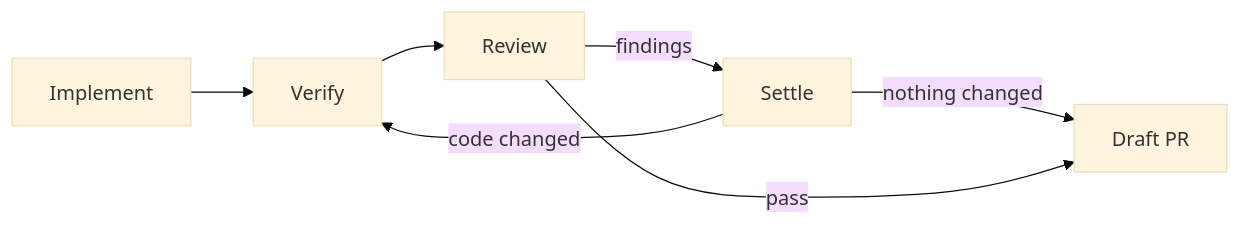
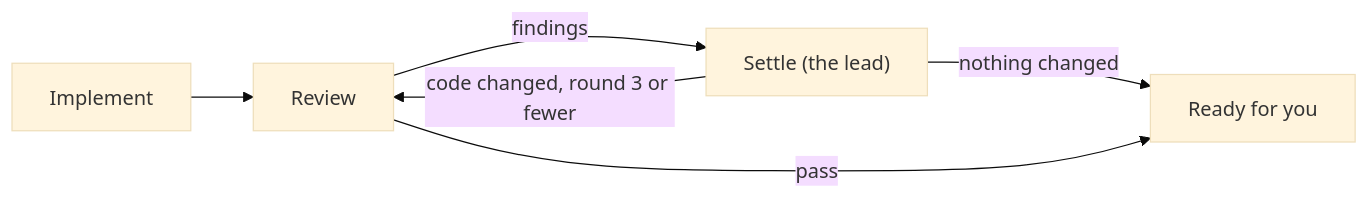
The diagram in docs/plans/mvp.md (AltharIDE/althar), drawn with Mermaid (base theme) before and after one commit. The commit also changed other lines of this file and 16 other files, not shown here.

````diff
--- a/docs/plans/mvp.md
+++ b/docs/plans/mvp.md
@@ -28,9 +36,8 @@
 ```mermaid
 flowchart LR
-    Implement --> Verify
-    Verify --> Review
-    Review -->|"findings"| Settle
-    Settle -->|"code changed"| Verify
-    Settle -->|"nothing changed"| PR["Draft PR"]
-    Review -->|"pass"| PR
+    Implement --> Review
+    Review -->|"findings"| Settle["Settle (the lead)"]
+    Settle -->|"code changed, round 3 or fewer"| Review
+    Settle -->|"nothing changed"| Ready["Ready for you"]
+    Review -->|"pass"| Ready
 ```
````
